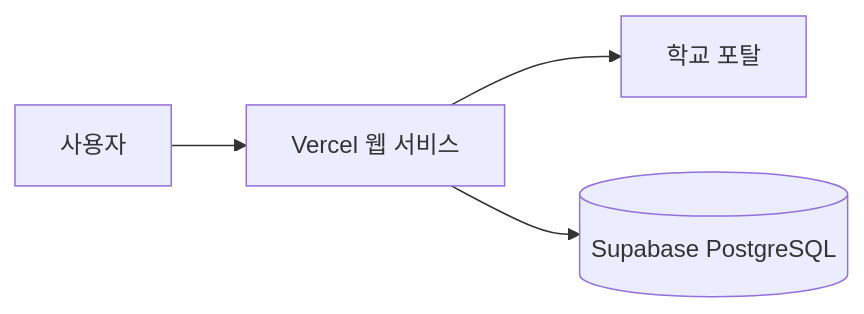
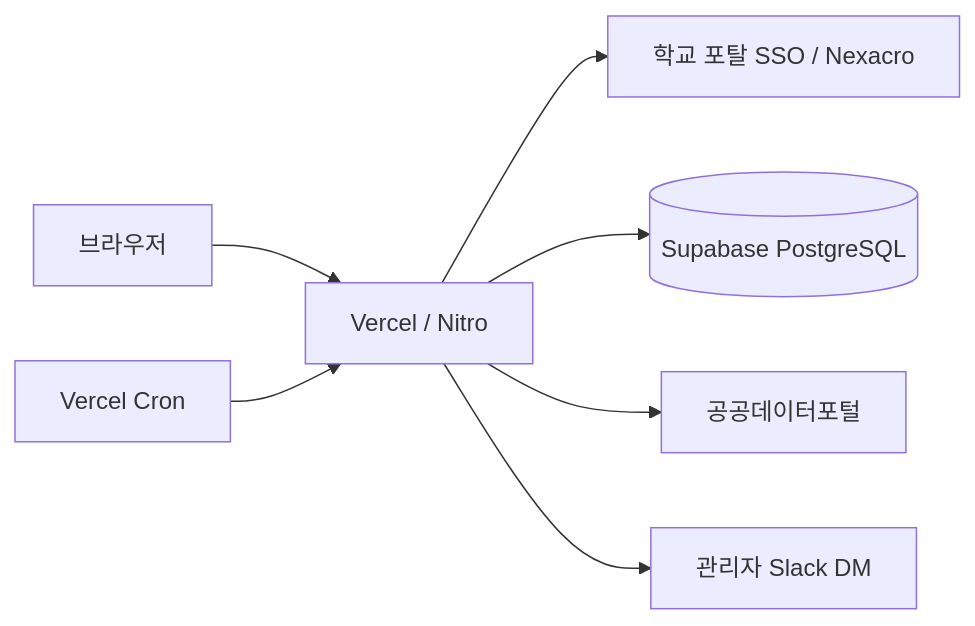
The diagram in README.md (altius03/cbu-dorm-automation), drawn with Mermaid before and after one commit. The commit also changed other lines of this file, not shown here.

````diff
--- a/README.md
+++ b/README.md
@@ -26,6 +40,9 @@
 ```mermaid
 flowchart LR
-    U[사용자] --> V[Vercel 웹 서비스]
-    V --> P[학교 포탈]
+    U[브라우저] --> V[Vercel / Nitro]
+    V --> P[학교 포탈 SSO / Nexacro]
     V --> S[(Supabase PostgreSQL)]
+    C[Vercel Cron] --> V
+    V --> H[공공데이터포털]
+    V --> L[관리자 Slack DM]
 ```
````
